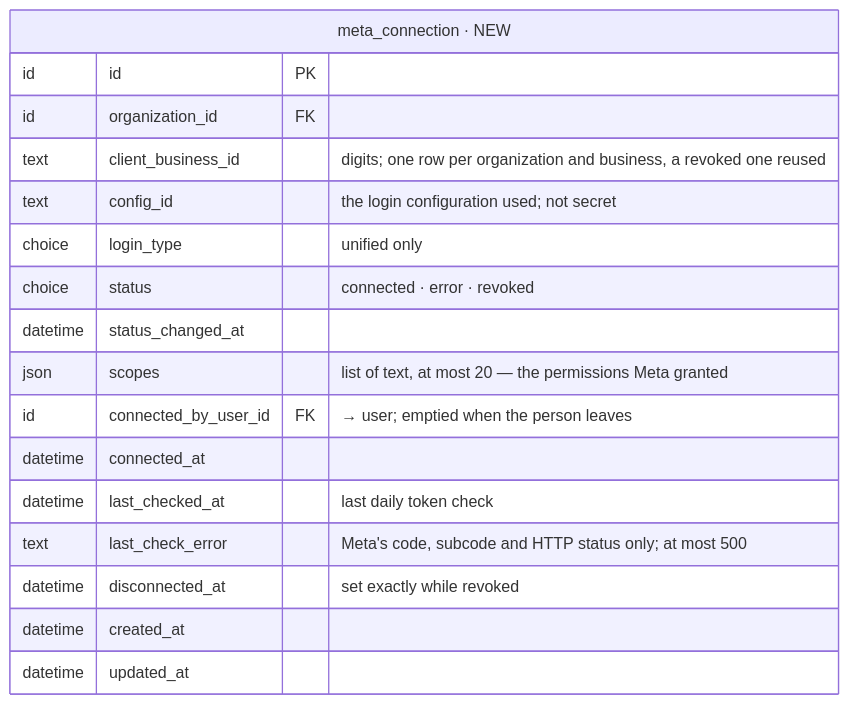
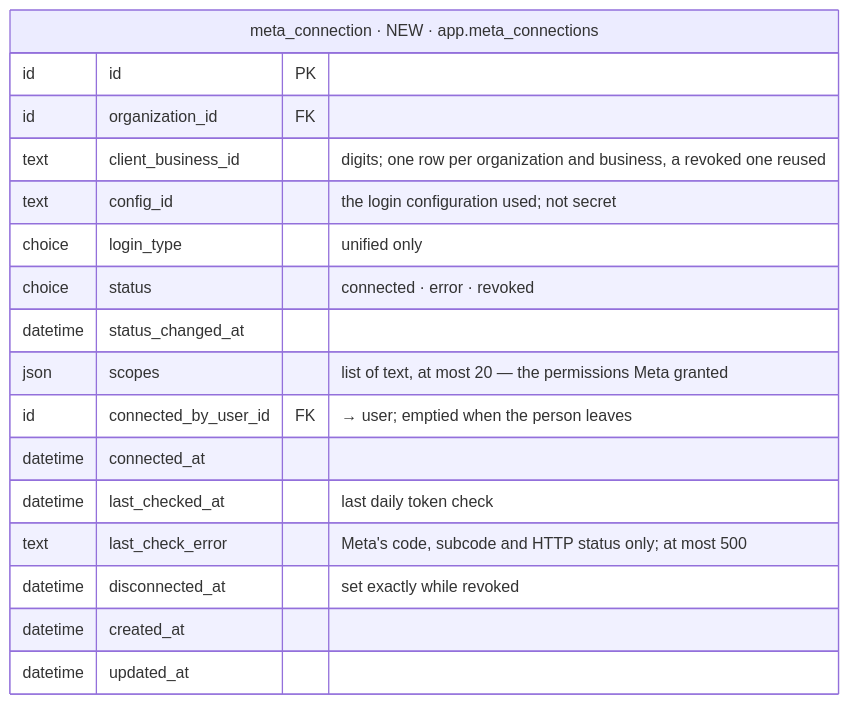
The second of 39 diagrams in iterations/feat-instagram-dm-sending-2026-11-23-oxak/plans/db-changes.md (albetrios/meepzo-be), drawn with Mermaid before and after one commit. The commit also changed other lines of this file and 3 other files, not shown here.

````diff
--- a/iterations/feat-instagram-dm-sending-2026-11-23-oxak/plans/db-changes.md
+++ b/iterations/feat-instagram-dm-sending-2026-11-23-oxak/plans/db-changes.md
@@ -190,20 +191,20 @@
 ```mermaid
 erDiagram
-  meta_connection["meta_connection · NEW"] {
+  meta_connection["meta_connection · NEW · app.meta_connections"] {
     id id PK
     id organization_id FK
     text client_business_id "digits; one row per organization and business, a revoked one reused"
     text config_id "the login configuration used; not secret"
     choice login_type "unified only"
     choice status "connected · error · revoked"
     datetime status_changed_at
     json scopes "list of text, at most 20 — the permissions Meta granted"
     id connected_by_user_id FK "→ user; emptied when the person leaves"
     datetime connected_at
     datetime last_checked_at "last daily token check"
     text last_check_error "Meta's code, subcode and HTTP status only; at most 500"
     datetime disconnected_at "set exactly while revoked"
     datetime created_at
     datetime updated_at
   }
 ```
````
